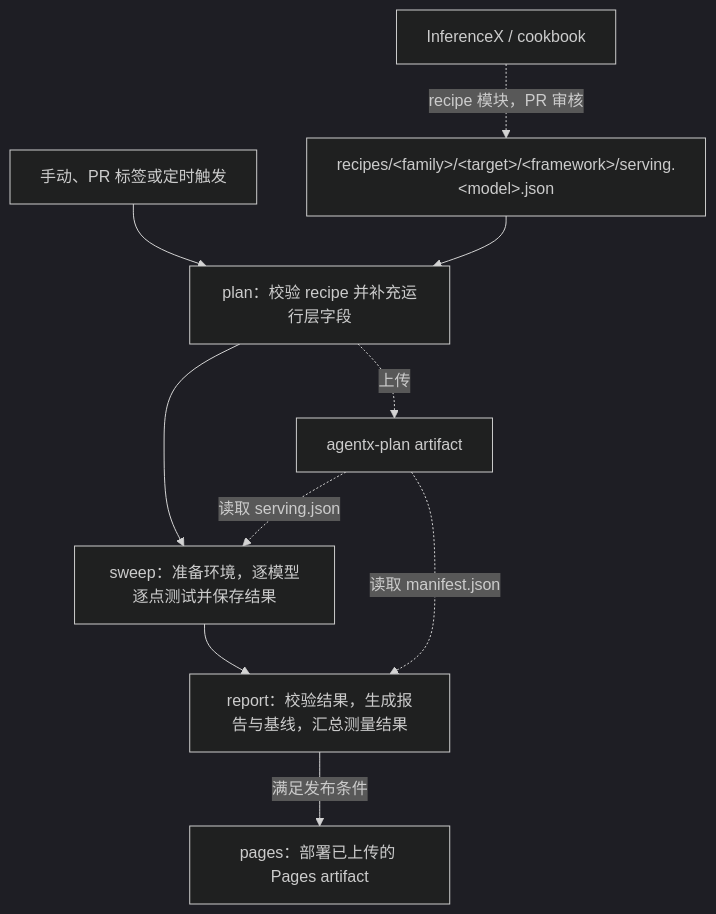
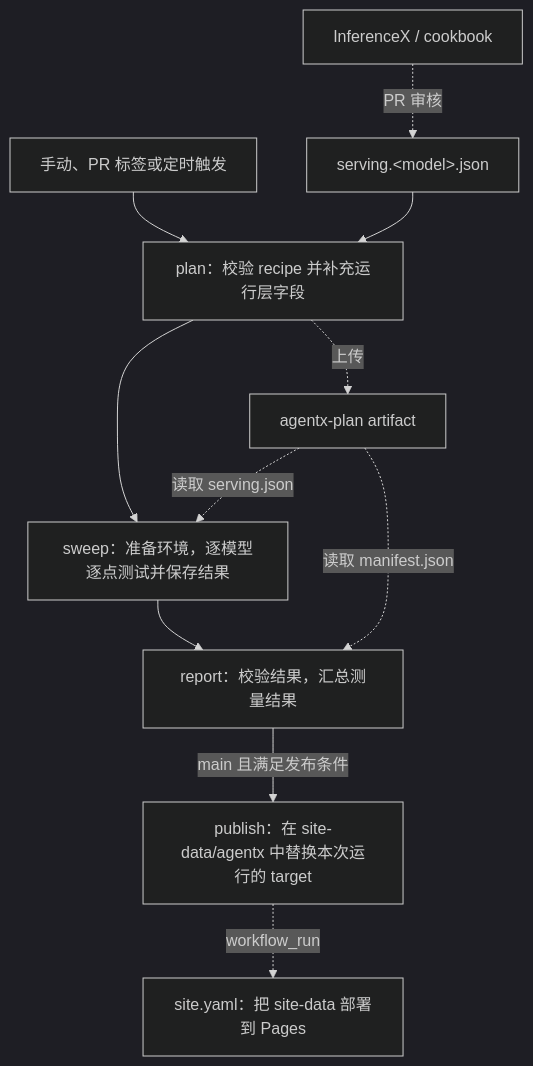
Before and after one commit to AMD-AGI/AKLR: the diagram in benchmarks/agentx/README.zh.md, drawn with Mermaid (dark theme). The commit also changed other lines of this file and 11 other files, not shown here.

First line of the commit message:
feat(agentx): publish results to a site-data branch, deployed by site.yaml

````diff
--- a/benchmarks/agentx/README.zh.md
+++ b/benchmarks/agentx/README.zh.md
@@ -9,11 +9,12 @@
 ```mermaid
 flowchart TD
     T["手动、PR 标签或定时触发"] --> P["plan：校验 recipe 并补充运行层字段"]
-    X["InferenceX / cookbook"] -.->|"recipe 模块，PR 审核"| L["recipes/#lt;family#gt;/#lt;target#gt;/#lt;framework#gt;/serving.#lt;model#gt;.json"] --> P
+    X["InferenceX / cookbook"] -.->|"PR 审核"| L["serving.#lt;model#gt;.json"] --> P
     P --> S["sweep：准备环境，逐模型逐点测试并保存结果"]
-    S --> R["report：校验结果，生成报告与基线，汇总测量结果"]
-    R -->|"满足发布条件"| D["pages：部署已上传的 Pages artifact"]
+    S --> R["report：校验结果，汇总测量结果"]
+    R -->|"main 且满足发布条件"| D["publish：在 site-data/agentx 中替换本次运行的 target"]
+    D -.->|"workflow_run"| W["site.yaml：把 site-data 部署到 Pages"]
     P -.->|"上传"| A["agentx-plan artifact"]
     A -.->|"读取 serving.json"| S
     A -.->|"读取 manifest.json"| R
 ```
````
